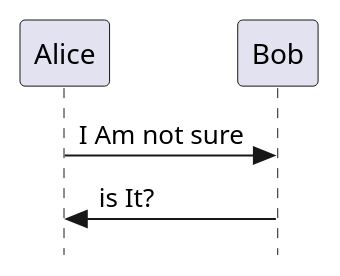
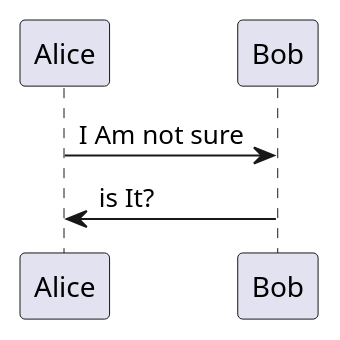
The diagram in docs/modules/ROOT/partials/bar.puml (gerometan/frontpage), drawn with PlantUML before and after one commit.

```diff
--- a/docs/modules/ROOT/partials/bar.puml
+++ b/docs/modules/ROOT/partials/bar.puml
@@ -1,5 +1,4 @@
 @startuml HelloWorld
-skinparam Style strictuml
 Alice -> Bob: I Am not sure
 Alice <- Bob: is It?
 @enduml
```
